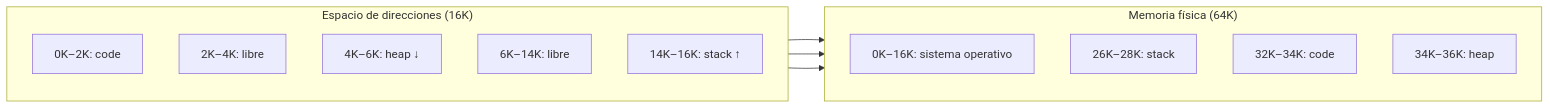
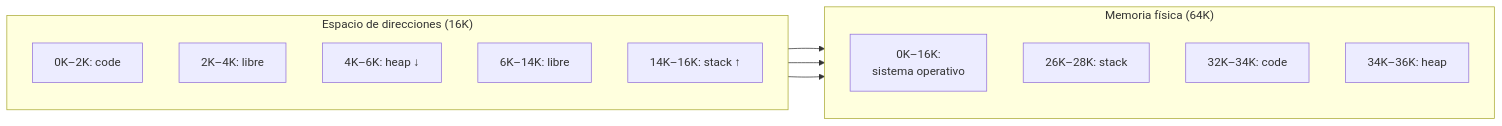
Before and after one commit to udea-so/apuntes_2026-2_SO-virtual: the first of 3 diagrams in clase_09/apuntes_zoom/README.md, drawn with Mermaid. The commit also changed other lines of this file and 7 other files, not shown here.

Commit message:
Corrige el texto recortado en los diagramas Mermaid de los apuntes_zoom de las clases 3 a 11

````diff
--- a/clase_09/apuntes_zoom/README.md
+++ b/clase_09/apuntes_zoom/README.md
@@ -48,21 +48,22 @@
 ```mermaid
+%%{init: {"themeVariables": {"fontFamily": "Arial, Helvetica, sans-serif"}}}%%
 flowchart LR
     subgraph AS["Espacio de direcciones (16K)"]
         direction TB
         A1["0K–2K: code"]
         A2["2K–4K: libre"]
         A3["4K–6K: heap ↓"]
         A4["6K–14K: libre"]
         A5["14K–16K: stack ↑"]
     end
     subgraph PM["Memoria física (64K)"]
         direction TB
-        P1["0K–16K: sistema operativo"]
+        P1["0K–16K:<br/>sistema operativo"]
         P2["26K–28K: stack"]
         P3["32K–34K: code"]
         P4["34K–36K: heap"]
     end
     A1 --> P3
     A3 --> P4
     A5 --> P2
 ```
````
